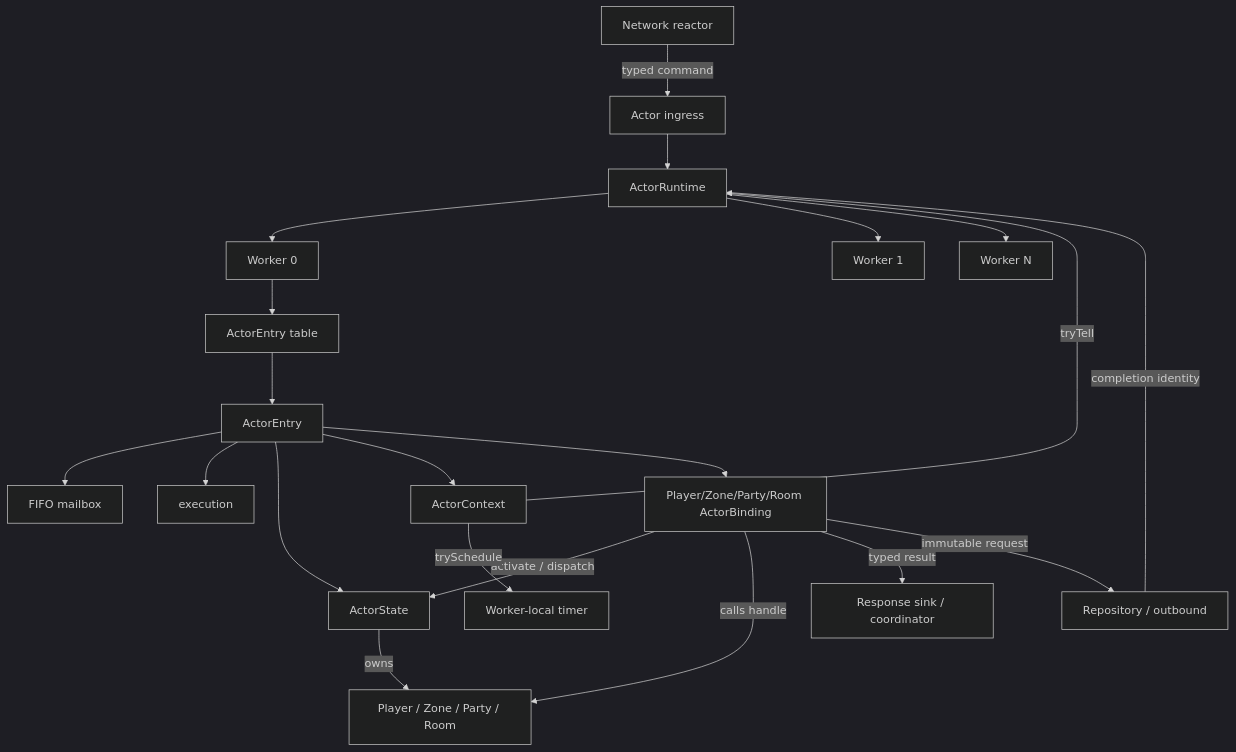
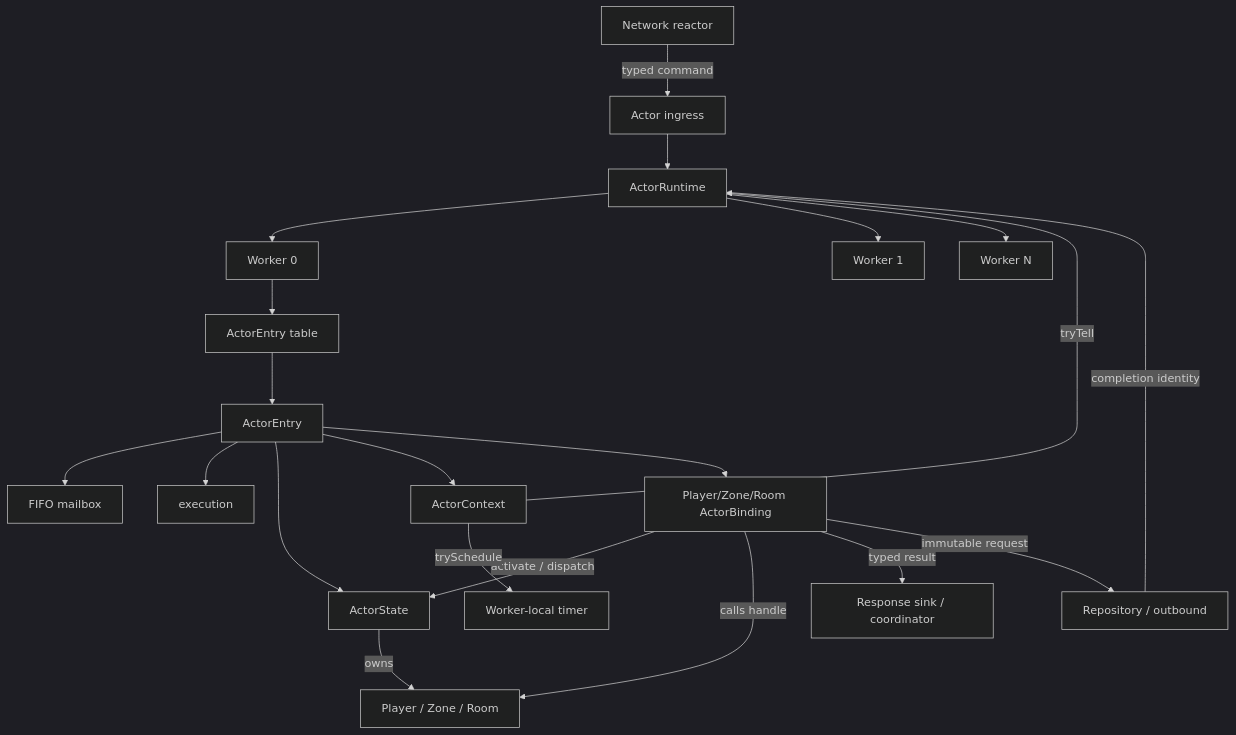
Before and after one commit to oak-cassia/SnF: the first of 4 diagrams in docs/actor-runtime-architecture.md, drawn with Mermaid (dark theme). The commit also changed other lines of this file and 48 other files, not shown here.

````diff
--- a/docs/actor-runtime-architecture.md
+++ b/docs/actor-runtime-architecture.md
@@ -28,25 +28,25 @@
 ```mermaid
 flowchart TB
     Reactor[Network reactor] -->|typed command| Ingress[Actor ingress]
     Ingress --> Runtime[ActorRuntime]
     Runtime --> W0[Worker 0]
     Runtime --> W1[Worker 1]
     Runtime --> WN[Worker N]
 
     W0 --> Entries[ActorEntry table]
     Entries --> Entry[ActorEntry]
     Entry --> Mailbox[FIFO mailbox]
     Entry --> Execution[execution]
     Entry --> State[ActorState]
     Entry --> Context[ActorContext]
 
-    Entry --> Binding[Player/Zone/Party/Room ActorBinding]
+    Entry --> Binding[Player/Zone/Room ActorBinding]
     Binding -->|activate / dispatch| State
-    State -->|owns| Model[Player / Zone / Party / Room]
+    State -->|owns| Model[Player / Zone / Room]
     Binding -->|calls handle| Model
     Binding -->|typed result| Sink[Response sink / coordinator]
     Context -->|tryTell| Runtime
     Context -->|trySchedule| Timer[Worker-local timer]
     Binding -->|immutable request| External[Repository / outbound]
     External -->|completion identity| Runtime
 ```
````
